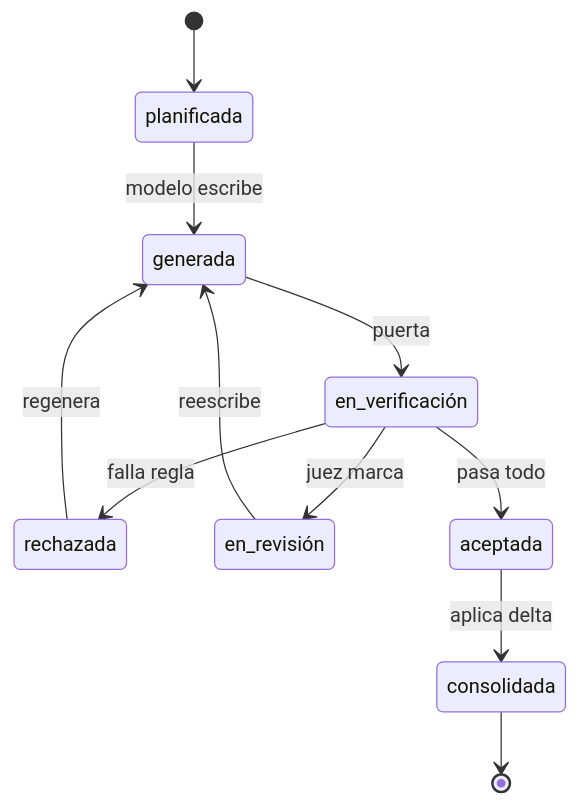
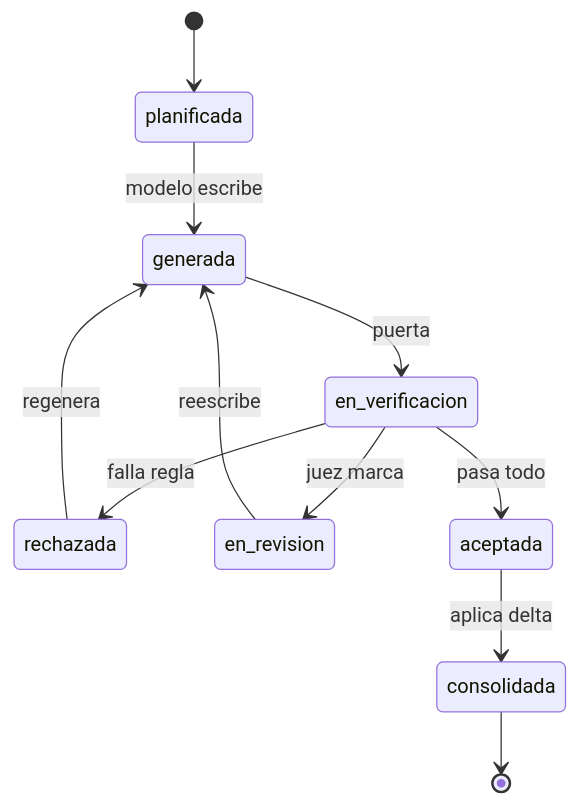
The eighth of 9 diagrams in Docs/domain-knowledge.md (SantiagoEspinosa-ai/My_novel_story), drawn with Mermaid before and after one commit. The commit also changed other lines of this file and 5 other files, not shown here.

````diff
--- a/Docs/domain-knowledge.md
+++ b/Docs/domain-knowledge.md
@@ -152,20 +152,20 @@
 ```mermaid
 stateDiagram-v2
   state "planificada" as planificada
   state "generada" as generada
-  state "en_verificación" as en_verificacion
+  state "en_verificacion" as en_verificacion
   state "rechazada" as rechazada
-  state "en_revisión" as en_revision
+  state "en_revision" as en_revision
   state "aceptada" as aceptada
   state "consolidada" as consolidada
   [*] --> planificada
   planificada --> generada: modelo escribe
   generada --> en_verificacion: puerta
   en_verificacion --> rechazada: falla regla
   en_verificacion --> en_revision: juez marca
   rechazada --> generada: regenera
   en_revision --> generada: reescribe
   en_verificacion --> aceptada: pasa todo
   aceptada --> consolidada: aplica delta
   consolidada --> [*]
 ```
````
